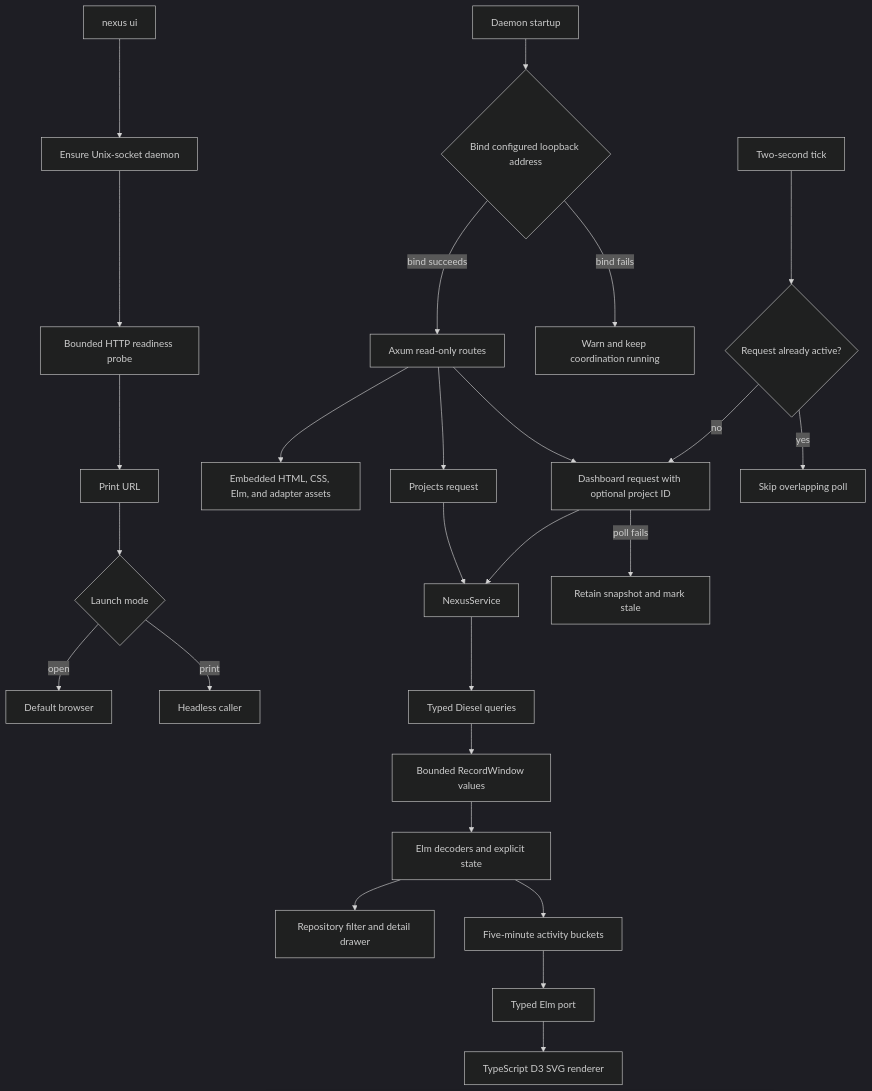
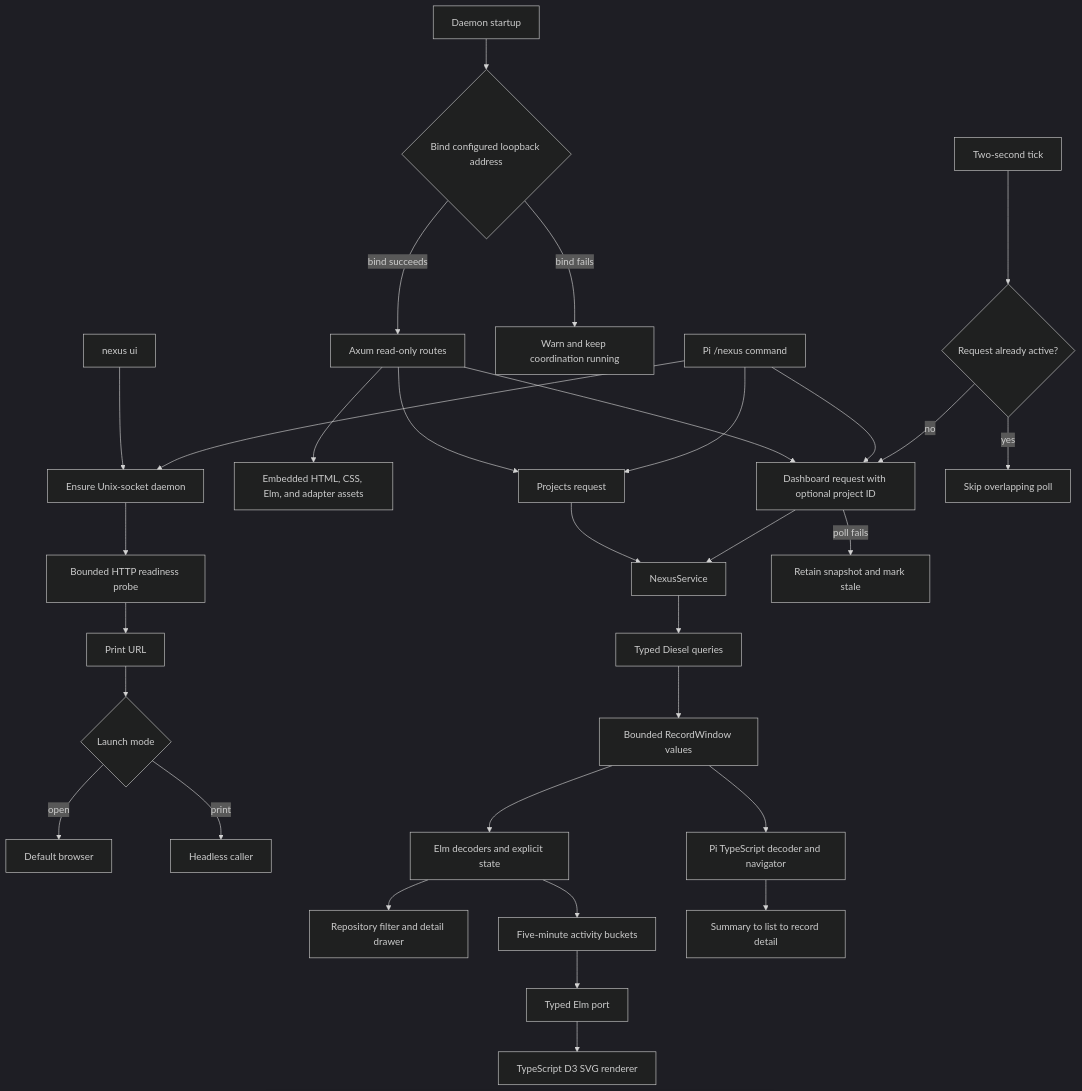
The diagram in docs/features/observability-ui.md (warrenronsiek/nexus), drawn with Mermaid (dark theme) before and after one commit. The commit also changed other lines of this file and 20 other files, not shown here.

````diff
--- a/docs/features/observability-ui.md
+++ b/docs/features/observability-ui.md
@@ -21,28 +23,33 @@
 ```mermaid
 flowchart TD
     A[nexus ui] --> B[Ensure Unix-socket daemon]
     B --> C[Bounded HTTP readiness probe]
     C --> D[Print URL]
     D --> E{Launch mode}
     E -->|open| F[Default browser]
     E -->|print| G[Headless caller]
     H[Daemon startup] --> I{Bind configured loopback address}
     I -->|bind succeeds| J[Axum read-only routes]
     I -->|bind fails| K[Warn and keep coordination running]
     J --> L[Embedded HTML, CSS, Elm, and adapter assets]
     J --> M[Projects request]
     J --> N[Dashboard request with optional project ID]
+    AA[Pi /nexus command] --> B
+    AA --> M
+    AA --> N
     M --> O[NexusService]
     N --> O
     O --> P[Typed Diesel queries]
     P --> Q[Bounded RecordWindow values]
     Q --> R[Elm decoders and explicit state]
+    Q --> AB[Pi TypeScript decoder and navigator]
     R --> S[Repository filter and detail drawer]
     R --> T[Five-minute activity buckets]
     T --> U[Typed Elm port]
     U --> V[TypeScript D3 SVG renderer]
     W[Two-second tick] --> X{Request already active?}
     X -->|yes| Y[Skip overlapping poll]
     X -->|no| N
     N -->|poll fails| Z[Retain snapshot and mark stale]
+    AB --> AC[Summary to list to record detail]
 ```
````
